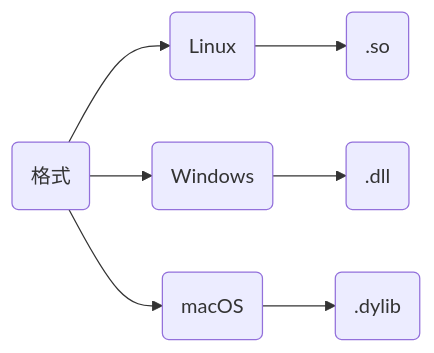
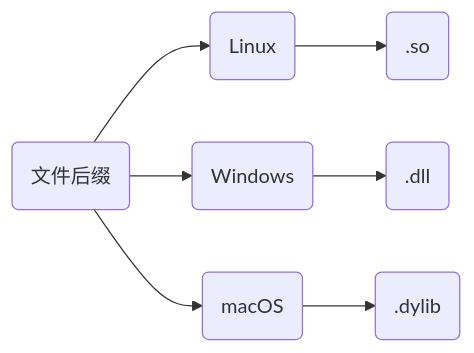
One commit to dmjcb/dmjcb.github.io changed the first of 3 diagrams in _posts/language/c_c++/library/2023-02-28-动态库.md. Above: the diagram before and after it, drawn with Mermaid. The commit also changed other lines of this file and 13 other files, not shown here.

````diff
--- a/_posts/language/c_c++/library/2023-02-28-动态库.md
+++ b/_posts/language/c_c++/library/2023-02-28-动态库.md
@@ -19,7 +17,7 @@
 ```mermaid
 graph LR;
-    X(格式)
-    X --> A(Linux) --> A1(.so)
-    X --> B(Windows) --> B1(.dll)
-    X --> C(macOS) --> C1(.dylib)
+    X(文件后缀)
+    X-->A(Linux)-->A1(.so)
+    X-->B(Windows)-->B1(.dll)
+    X-->C(macOS)-->C1(.dylib)
 ```
````
